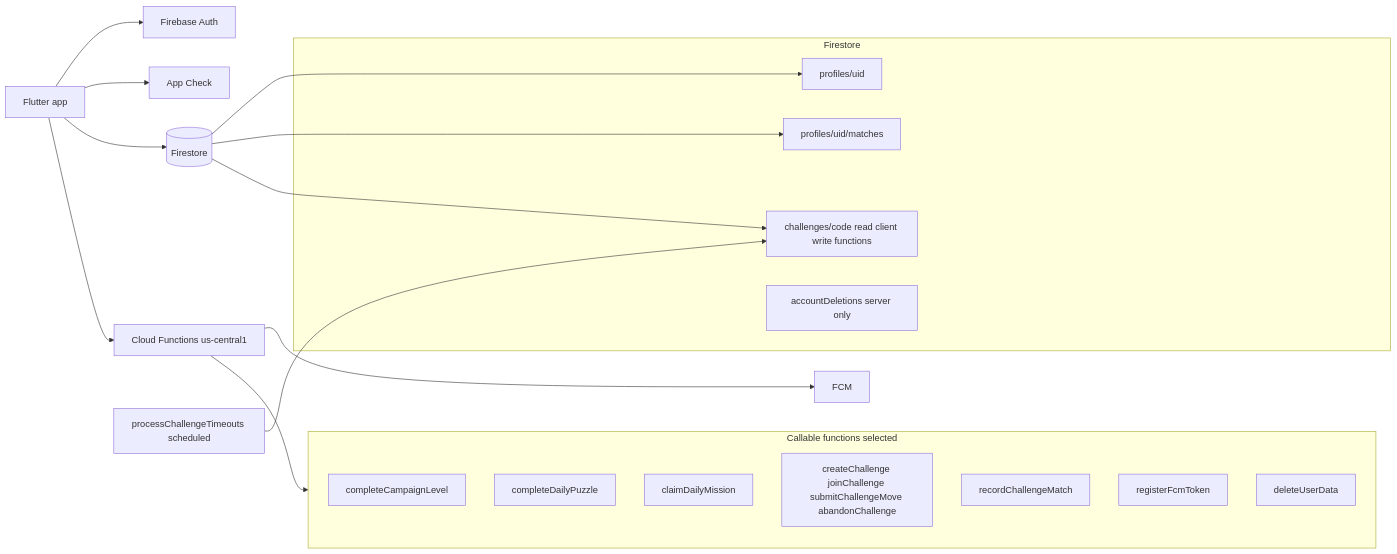
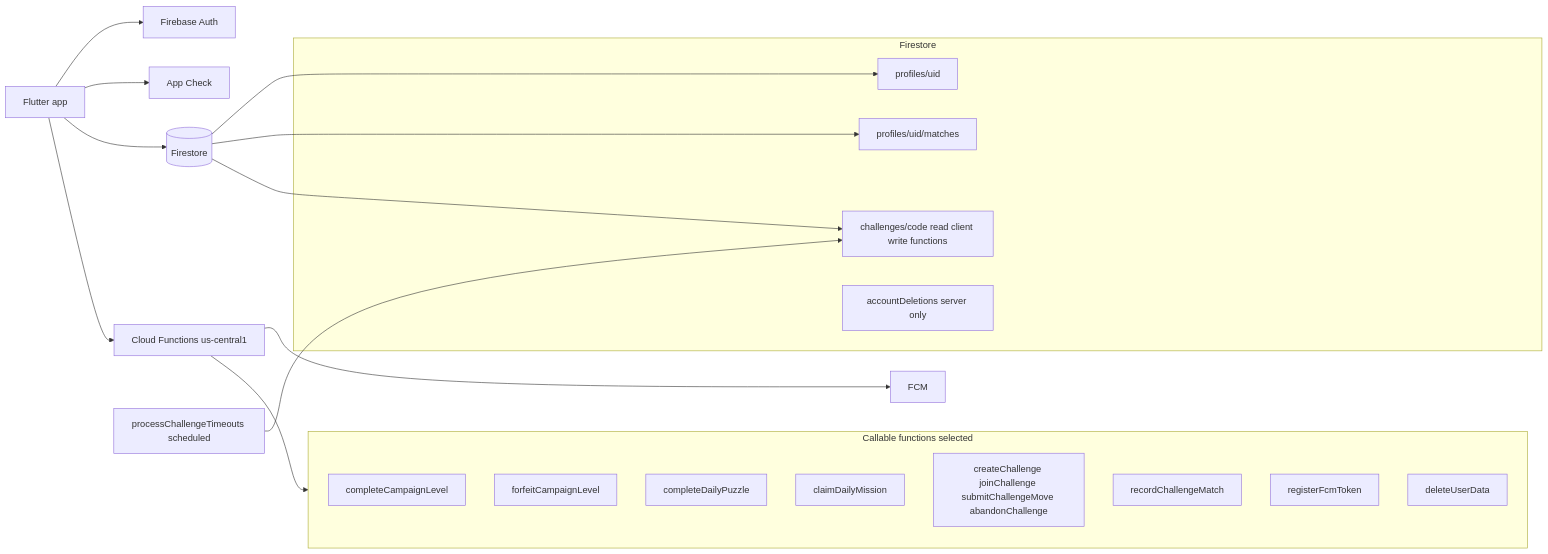
One commit to vividmemories-games/Dot_Clash changed the eighth of 10 diagrams in docs/architecture.md. Above: the diagram before and after it, drawn with Mermaid. The commit also changed other lines of this file and 56 other files, not shown here.

````diff
--- a/docs/architecture.md
+++ b/docs/architecture.md
@@ -372,39 +372,40 @@
 ```mermaid
 flowchart LR
   Client[Flutter app]
   Auth[Firebase Auth]
   AC[App Check]
   FS[(Firestore)]
   CF[Cloud Functions us-central1]
   FCM[FCM]
 
   Client --> Auth
   Client --> AC
   Client --> FS
   Client --> CF
   CF --> FCM
 
   subgraph collections [Firestore]
     Profiles["profiles/uid"]
     Matches["profiles/uid/matches"]
     Challenges["challenges/code read client write functions"]
     Deletions["accountDeletions server only"]
   end
 
   FS --> Profiles
   FS --> Matches
   FS --> Challenges
 
   subgraph callables [Callable functions selected]
     CCL[completeCampaignLevel]
+    FCL[forfeitCampaignLevel]
     CDP[completeDailyPuzzle]
     CDM[claimDailyMission]
     CC[createChallenge joinChallenge submitChallengeMove abandonChallenge]
     RCM[recordChallengeMatch]
     FCMReg[registerFcmToken]
     DEL[deleteUserData]
   end
 
   CF --> callables
   Sched[processChallengeTimeouts scheduled] --> Challenges
 ```
````
